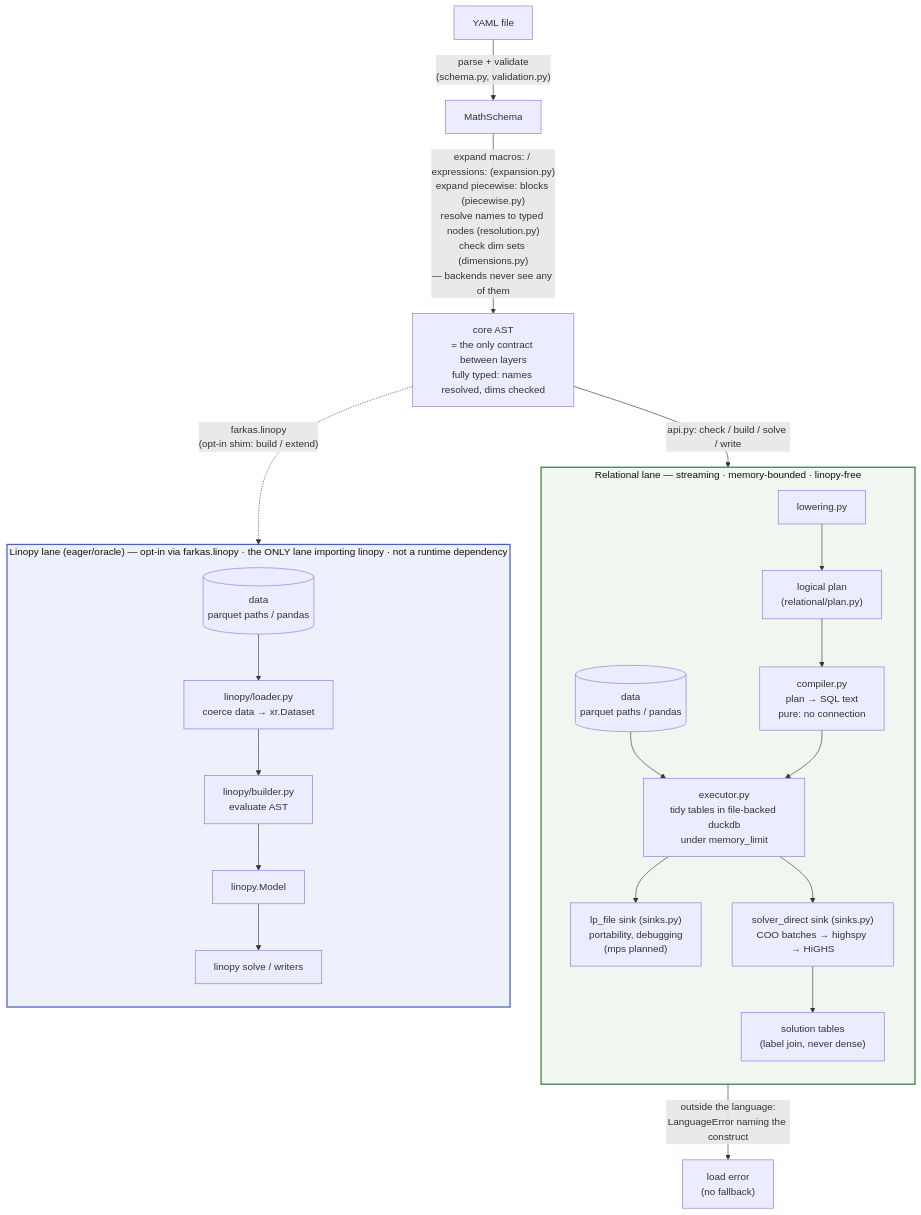
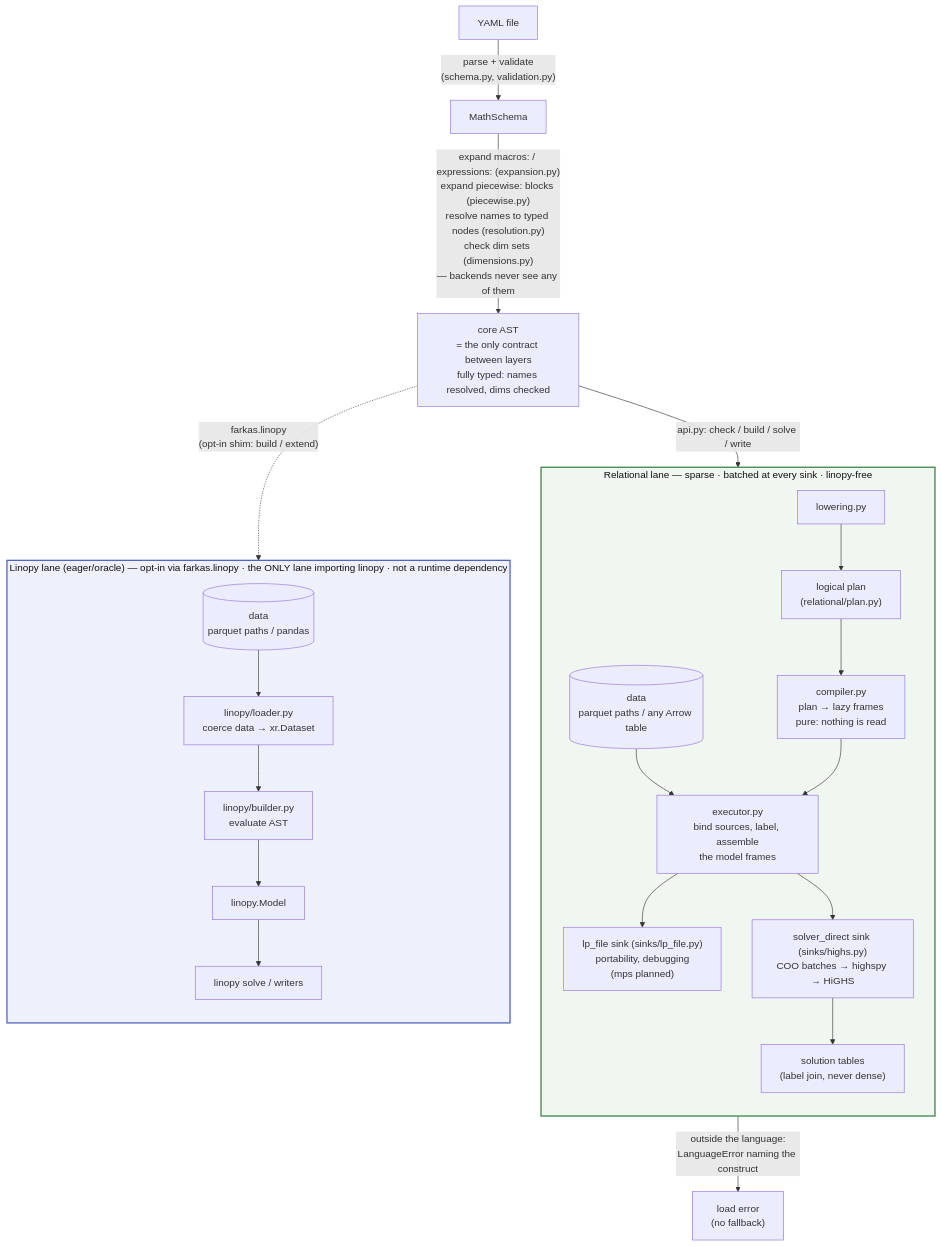
The diagram in ARCHITECTURE.md (FBumann/farkas), drawn with Mermaid before and after one commit. The commit also changed other lines of this file and 64 other files, not shown here.

````diff
--- a/ARCHITECTURE.md
+++ b/ARCHITECTURE.md
@@ -24,31 +24,31 @@
 ```mermaid
 flowchart TB
     Y[YAML file] -->|"parse + validate<br/>(schema.py, validation.py)"| MS[MathSchema]
     MS -->|"expand macros: / expressions: (expansion.py)<br/>expand piecewise: blocks (piecewise.py)<br/>resolve names to typed nodes (resolution.py)<br/>check dim sets (dimensions.py)<br/>— backends never see any of them"| AST["core AST<br/>= the only contract between layers<br/>fully typed: names resolved, dims checked"]
     AST -->|"api.py: check / build / solve / write"| LOWER
     AST -.->|"farkas.linopy<br/>(opt-in shim: build / extend)"| BUILD
     LOWER -->|"outside the language:<br/>LanguageError naming the construct"| ERR["load error<br/>(no fallback)"]
 
-    subgraph REL["Relational lane — streaming · memory-bounded · linopy-free"]
+    subgraph REL["Relational lane — sparse · batched at every sink · linopy-free"]
         direction TB
         LOWER["lowering.py"] --> PLAN["logical plan<br/>(relational/plan.py)"]
-        PLAN --> COMP["compiler.py<br/>plan → SQL text<br/>pure: no connection"]
-        DR[("data<br/>parquet paths / pandas")] --> EXEC
-        COMP --> EXEC["executor.py<br/>tidy tables in file-backed duckdb<br/>under memory_limit"]
-        EXEC --> LPS["lp_file sink (sinks.py)<br/>portability, debugging<br/>(mps planned)"]
-        EXEC --> DIRECT["solver_direct sink (sinks.py)<br/>COO batches → highspy → HiGHS"]
+        PLAN --> COMP["compiler.py<br/>plan → lazy frames<br/>pure: nothing is read"]
+        DR[("data<br/>parquet paths / any Arrow table")] --> EXEC
+        COMP --> EXEC["executor.py<br/>bind sources, label, assemble<br/>the model frames"]
+        EXEC --> LPS["lp_file sink (sinks/lp_file.py)<br/>portability, debugging<br/>(mps planned)"]
+        EXEC --> DIRECT["solver_direct sink (sinks/highs.py)<br/>COO batches → highspy → HiGHS"]
         DIRECT --> SOL["solution tables<br/>(label join, never dense)"]
     end
 
     subgraph EAGER["Linopy lane (eager/oracle) — opt-in via farkas.linopy · the ONLY lane importing linopy · not a runtime dependency"]
         direction TB
         DE[("data<br/>parquet paths / pandas")] --> LOAD["linopy/loader.py<br/>coerce data → xr.Dataset"]
         LOAD --> BUILD["linopy/builder.py<br/>evaluate AST"]
         BUILD --> MODEL[linopy.Model] --> SOLVE["linopy solve / writers"]
     end
 
     classDef laneR fill:#f0f7f0,stroke:#3a7d44,stroke-width:2px,color:#111
     classDef laneE fill:#eef1fb,stroke:#4a5fc1,stroke-width:2px,color:#111
     class REL laneR
     class EAGER laneE
 ```
````
